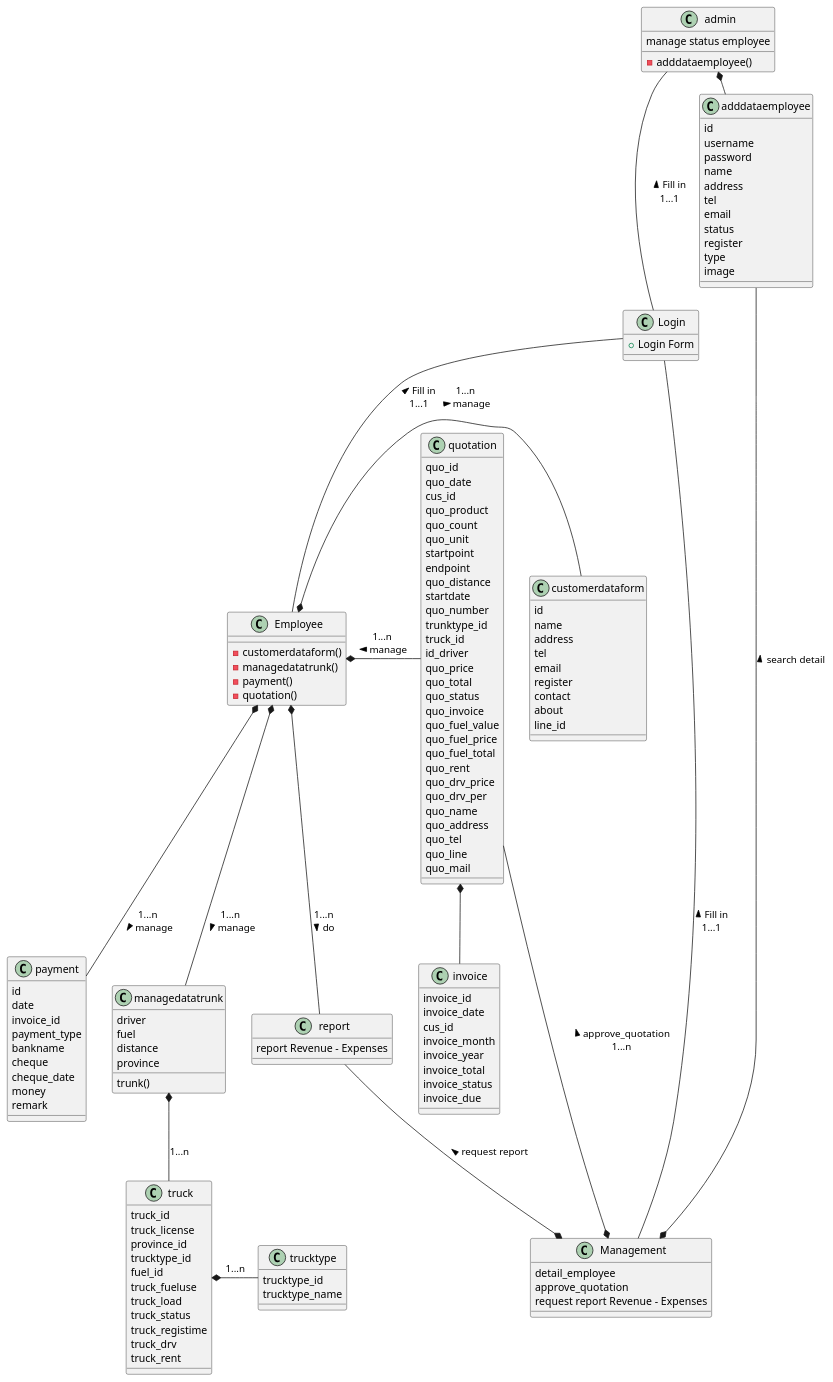
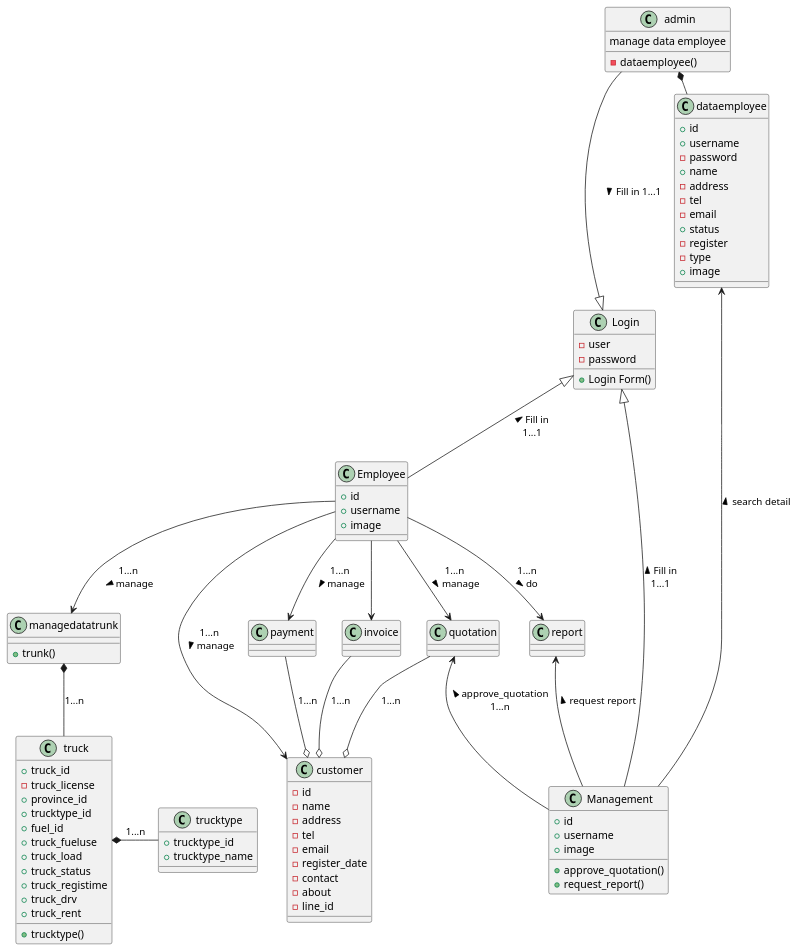
Before and after one commit to 03376808-OOAD/OOAD-WEEK12: the diagram in submit/60030049/class.puml, drawn with PlantUML. The commit also changed 7 other files, not shown here.

```diff
--- a/submit/60030049/class.puml
+++ b/submit/60030049/class.puml
@@ -1,138 +1,101 @@
 @startuml truck
+
 Class Login{
-    + Login Form
+    -user 
+    -password
+    +Login Form()
 }
-Login-up-admin:< Fill in  \n1...1 
-Login-right-Management:< Fill in \n1...1
-Login-down-Employee:< Fill in \n1...1
+Login<|-up-admin:< Fill in 1...1 
+Login<|-right-Management:< Fill in \n1...1
+Login<|-down-Employee:< Fill in \n1...1
 Class admin{
-    - adddataemployee()
-    manage status employee
+    - dataemployee()
+    manage data employee
 }
-admin*-adddataemployee: 1...n\n manage > 
-Class adddataemployee{
-    id 
-    username
-    password
-    name 
-    address
-    tel 
-    email 
-    status 
-    register
-    type
-    image
+admin*- dataemployee: 1...n\n manage > 
+Class dataemployee{
+    +id 
+    +username
+    -password
+    +name 
+    -address
+    -tel 
+    -email 
+    +status 
+    -register
+    -type
+    +image
 }
 Class Management{
-    detail_employee
-    approve_quotation
-    request report Revenue - Expenses
+    +id 
+    +username
+    +image
+    +approve_quotation()
+    +request_report()
 }
-adddataemployee --* Management: < search detail 
-quotation--*Management:< approve_quotation \n1...n
-report--*Management:< request report
+dataemployee <-- Management: < search detail 
+quotation<-- Management:< approve_quotation \n1...n
+report<-- Management:< request report
 Class Employee{
-    - customerdataform()
-    - managedatatrunk()
-    - payment()
-    - quotation()
+    +id 
+    +username
+    +image
 }
 Class payment{
-    id 
-    date 
-    invoice_id
-    payment_type
-    bankname
-    cheque
-    cheque_date
-    money 
-    remark 
+
 }
-Class customerdataform{
-    id 
-    name 
-    address 
-    tel 
-    email 
-    register
-    contact 
-    about 
-    line_id 
+Class customer{
+    -id 
+    -name 
+    -address 
+    -tel 
+    -email 
+    -register_date
+    -contact 
+    -about 
+    -line_id
+
 }
 Class quotation{
-    quo_id 
-    quo_date
-    cus_id
-    quo_product 
-    quo_count 
-    quo_unit 
-    startpoint
-    endpoint
-    quo_distance
-    startdate
-    quo_number
-    trunktype_id
-    truck_id
-    id_driver
-    quo_price
-    quo_total
-    quo_status
-    quo_invoice
-    quo_fuel_value
-    quo_fuel_price
-    quo_fuel_total
-    quo_rent
-    quo_drv_price
-    quo_drv_per
-    quo_name
-    quo_address
-    quo_tel
-    quo_line
-    quo_mail
+   
 }
-quotation*--invoice
+Employee-->invoice
 Class invoice{
-    invoice_id
-    invoice_date
-    cus_id
-    invoice_month
-    invoice_year
-    invoice_total
-    invoice_status
-    invoice_due
+
 }
 Class report{
-    report Revenue - Expenses
+
 }
-Employee*-- report : 1...n\n do >
-Employee*-right-customerdataform: 1...n \n manage >
-Employee*--managedatatrunk: 1...n \n manage >
-Employee*--payment: 1...n \n manage >
-Employee*-left-quotation: 1...n \n manage >
+Employee --> report : 1...n\n do >
+Employee -right-> customer: 1...n \n manage >
+Employee -->managedatatrunk: 1...n \n manage >
+Employee -->payment: 1...n \n manage >
+Employee -->quotation: 1...n \n manage >
 Class managedatatrunk{
-    driver 
-    trunk()
-    fuel
-    distance
-    province
+    +trunk()
 }
 managedatatrunk*--truck:1...n
 Class truck{
-    truck_id
-    truck_license
-    province_id
-    trucktype_id
-    fuel_id
-    truck_fueluse
-    truck_load
-    truck_status
-    truck_registime
-    truck_drv
-    truck_rent
+    +truck_id
+    -truck_license
+    +province_id
+    +trucktype_id
+    +fuel_id
+    +truck_fueluse
+    +truck_load
+    +truck_status
+    +truck_registime
+    +truck_drv
+    +truck_rent
+    +trucktype()
 }
 Class trucktype{
-    trucktype_id
-    trucktype_name
+    +trucktype_id
+    +trucktype_name
 }
-truck*-right-trucktype:1...n
+truck *-right-trucktype:1...n
+
+payment--o customer:1...n
+invoice --o customer:1...n
+quotation --o customer:1...n
 @enduml
```
